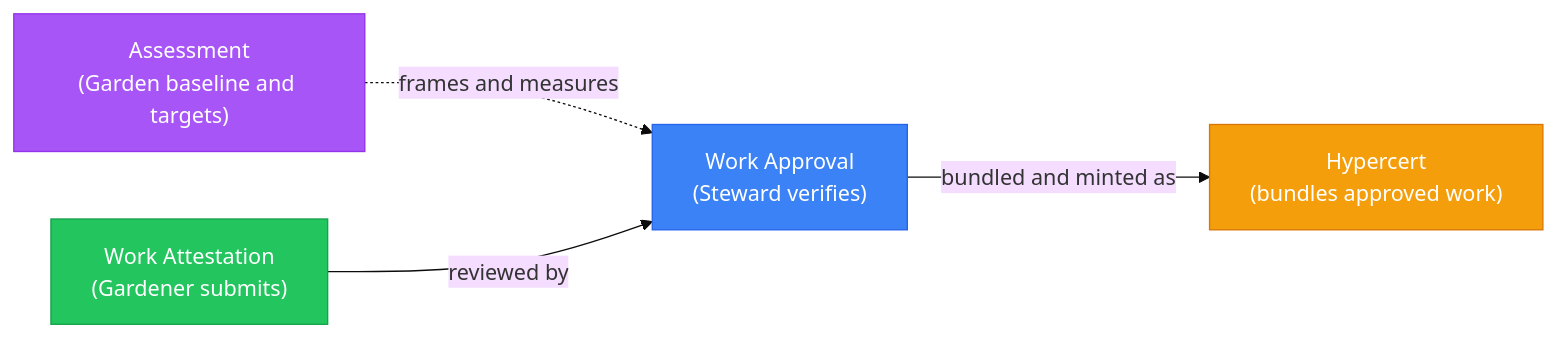
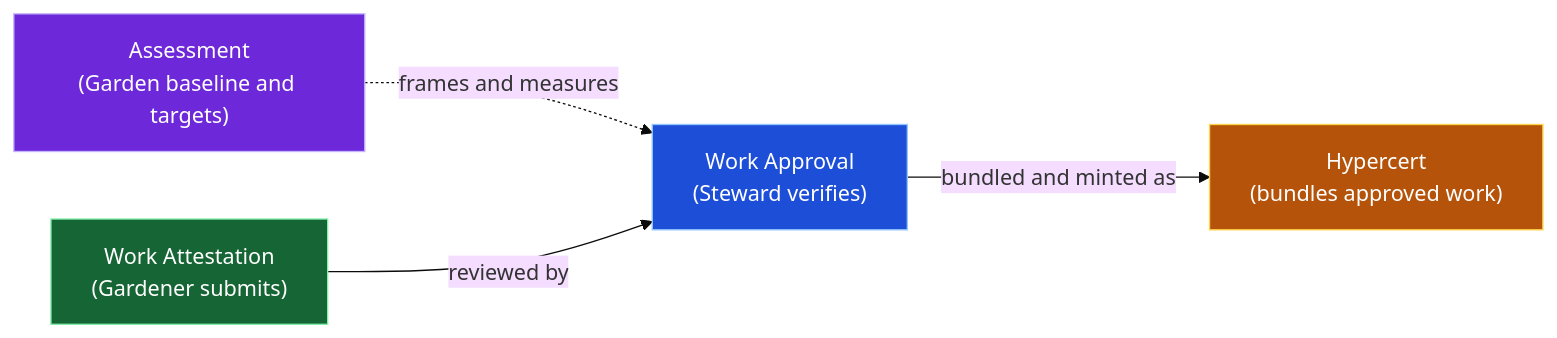
The second of 2 diagrams in docs/docs/community/how-it-works.mdx (greenpill-dev-guild/green-goods), drawn with Mermaid (base theme) before and after one commit. The commit also changed other lines of this file and 20 other files, not shown here.

First line of the commit message:
docs: readable diagrams in dark mode, parseable lifecycles, copyable commands

````diff
--- a/docs/docs/community/how-it-works.mdx
+++ b/docs/docs/community/how-it-works.mdx
@@ -154,11 +154,15 @@
 ```mermaid
 graph LR
     A["Assessment<br/>(Garden baseline and targets)"] -.->|frames and measures| WA
     W["Work Attestation<br/>(Gardener submits)"] -->|reviewed by| WA["Work Approval<br/>(Steward verifies)"]
     WA -->|bundled and minted as| H["Hypercert<br/>(bundles approved work)"]
 
-    style A fill:#a855f7,stroke:#9333ea,color:#fff
-    style W fill:#22c55e,stroke:#16a34a,color:#fff
-    style WA fill:#3b82f6,stroke:#2563eb,color:#fff
-    style H fill:#f59e0b,stroke:#d97706,color:#fff
+    classDef assessment fill:#6d28d9,stroke:#c4b5fd,color:#ffffff
+    classDef work fill:#166534,stroke:#86efac,color:#ffffff
+    classDef approval fill:#1d4ed8,stroke:#93c5fd,color:#ffffff
+    classDef certificate fill:#b45309,stroke:#fcd34d,color:#ffffff
+    class A assessment
+    class W work
+    class WA approval
+    class H certificate
 ```
````
